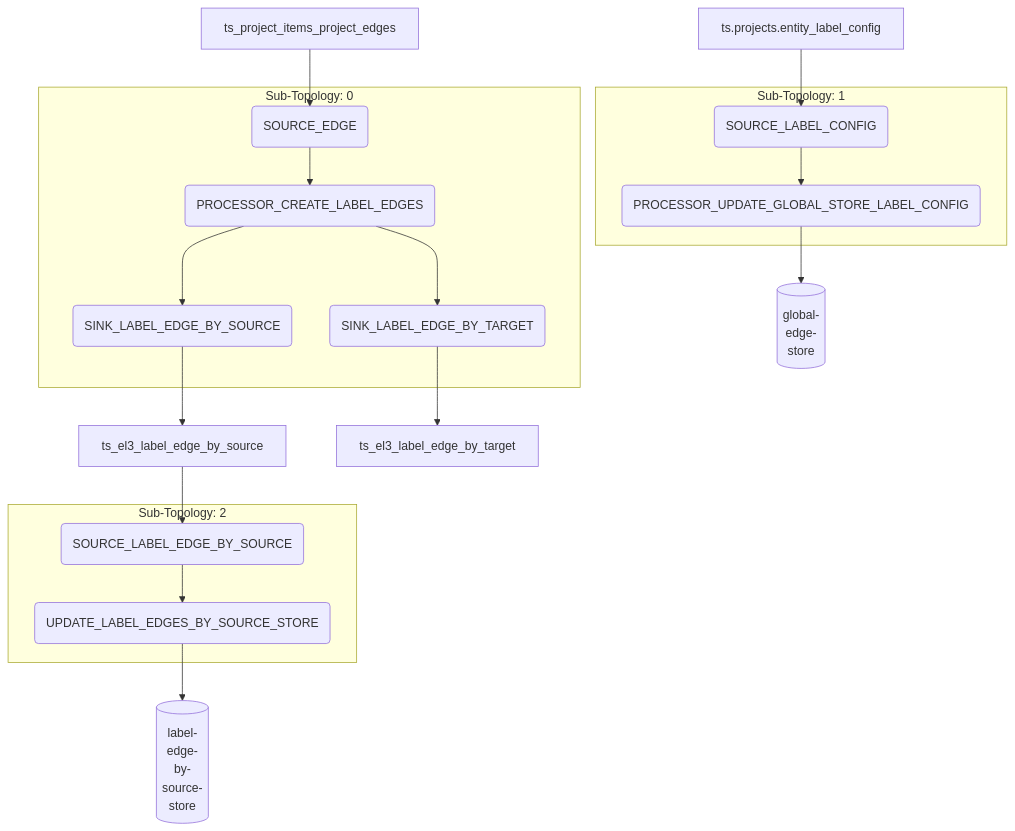
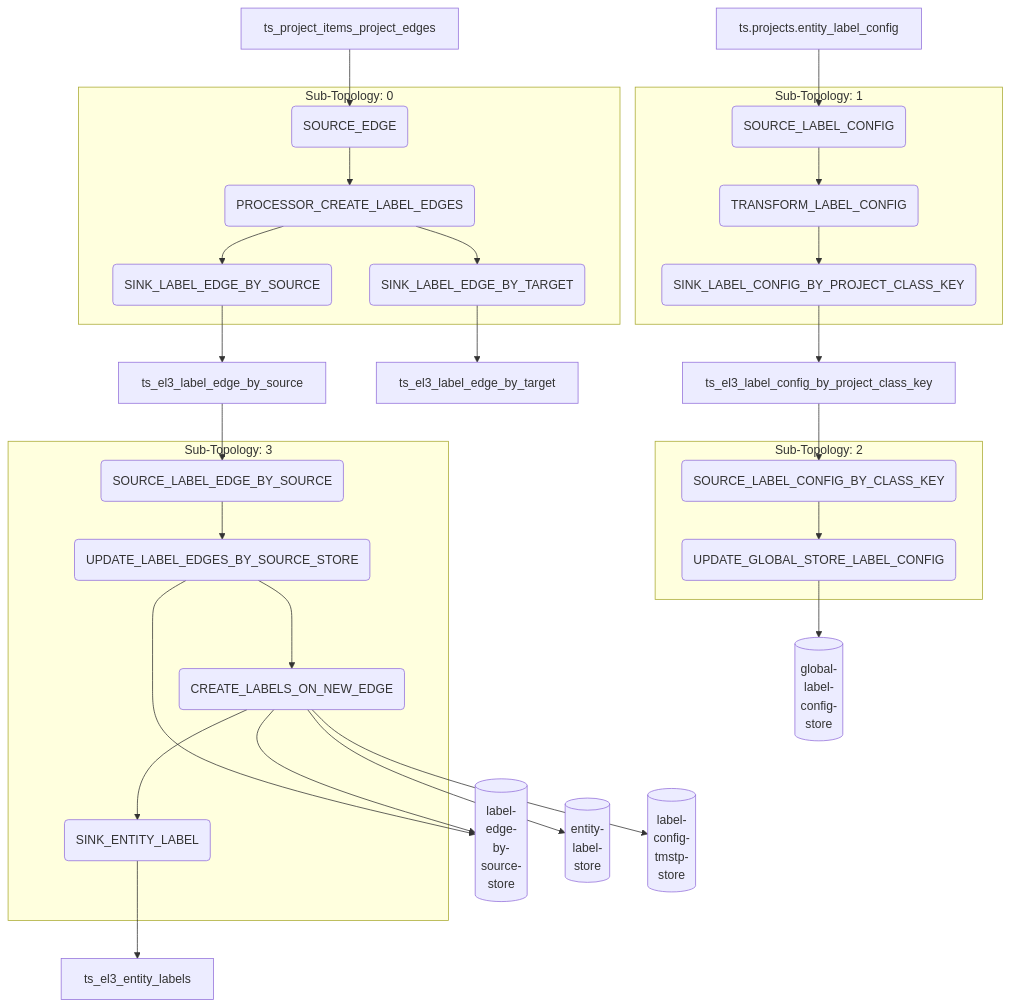
Before and after one commit to geovistory/toolbox-streams: the diagram in app-3-entity-label3/topology.md, drawn with Mermaid. The commit also changed 15 other files, not shown here.

Commit message:
add creation of label edge on config update

````diff
--- a/app-3-entity-label3/topology.md
+++ b/app-3-entity-label3/topology.md
@@ -1,28 +1,46 @@
 ```mermaid
 graph TD
 ts_project_items_project_edges[ts_project_items_project_edges] --> SOURCE_EDGE(SOURCE_EDGE)
 SINK_LABEL_EDGE_BY_SOURCE(SINK_LABEL_EDGE_BY_SOURCE) --> ts_el3_label_edge_by_source[ts_el3_label_edge_by_source]
 SINK_LABEL_EDGE_BY_TARGET(SINK_LABEL_EDGE_BY_TARGET) --> ts_el3_label_edge_by_target[ts_el3_label_edge_by_target]
 ts.projects.entity_label_config[ts.projects.entity_label_config] --> SOURCE_LABEL_CONFIG(SOURCE_LABEL_CONFIG)
-PROCESSOR_UPDATE_GLOBAL_STORE_LABEL_CONFIG(PROCESSOR_UPDATE_GLOBAL_STORE_LABEL_CONFIG) --> global-edge-store[(global-<br>edge-<br>store)]
+SINK_LABEL_CONFIG_BY_PROJECT_CLASS_KEY(SINK_LABEL_CONFIG_BY_PROJECT_CLASS_KEY) --> ts_el3_label_config_by_project_class_key[ts_el3_label_config_by_project_class_key]
+ts_el3_label_config_by_project_class_key[ts_el3_label_config_by_project_class_key] --> SOURCE_LABEL_CONFIG_BY_CLASS_KEY(SOURCE_LABEL_CONFIG_BY_CLASS_KEY)
+UPDATE_GLOBAL_STORE_LABEL_CONFIG(UPDATE_GLOBAL_STORE_LABEL_CONFIG) --> global-label-config-store[(global-<br>label-<br>config-<br>store)]
 ts_el3_label_edge_by_source[ts_el3_label_edge_by_source] --> SOURCE_LABEL_EDGE_BY_SOURCE(SOURCE_LABEL_EDGE_BY_SOURCE)
 UPDATE_LABEL_EDGES_BY_SOURCE_STORE(UPDATE_LABEL_EDGES_BY_SOURCE_STORE) --> label-edge-by-source-store[(label-<br>edge-<br>by-<br>source-<br>store)]
+CREATE_LABELS_ON_NEW_EDGE(CREATE_LABELS_ON_NEW_EDGE) --> entity-label-store[(entity-<br>label-<br>store)]
+CREATE_LABELS_ON_NEW_EDGE(CREATE_LABELS_ON_NEW_EDGE) --> label-edge-by-source-store[(label-<br>edge-<br>by-<br>source-<br>store)]
+CREATE_LABELS_ON_NEW_EDGE(CREATE_LABELS_ON_NEW_EDGE) --> label-config-tmstp-store[(label-<br>config-<br>tmstp-<br>store)]
+SINK_ENTITY_LABEL(SINK_ENTITY_LABEL) --> ts_el3_entity_labels[ts_el3_entity_labels]
 subgraph Sub-Topology: 0
 SOURCE_EDGE(SOURCE_EDGE) --> PROCESSOR_CREATE_LABEL_EDGES(PROCESSOR_CREATE_LABEL_EDGES)
 PROCESSOR_CREATE_LABEL_EDGES(PROCESSOR_CREATE_LABEL_EDGES) --> SINK_LABEL_EDGE_BY_SOURCE(SINK_LABEL_EDGE_BY_SOURCE)
 PROCESSOR_CREATE_LABEL_EDGES(PROCESSOR_CREATE_LABEL_EDGES) --> SINK_LABEL_EDGE_BY_TARGET(SINK_LABEL_EDGE_BY_TARGET)
 end
 subgraph Sub-Topology: 1
-SOURCE_LABEL_CONFIG(SOURCE_LABEL_CONFIG) --> PROCESSOR_UPDATE_GLOBAL_STORE_LABEL_CONFIG(PROCESSOR_UPDATE_GLOBAL_STORE_LABEL_CONFIG)
+SOURCE_LABEL_CONFIG(SOURCE_LABEL_CONFIG) --> TRANSFORM_LABEL_CONFIG(TRANSFORM_LABEL_CONFIG)
+TRANSFORM_LABEL_CONFIG(TRANSFORM_LABEL_CONFIG) --> SINK_LABEL_CONFIG_BY_PROJECT_CLASS_KEY(SINK_LABEL_CONFIG_BY_PROJECT_CLASS_KEY)
 end
 subgraph Sub-Topology: 2
+SOURCE_LABEL_CONFIG_BY_CLASS_KEY(SOURCE_LABEL_CONFIG_BY_CLASS_KEY) --> UPDATE_GLOBAL_STORE_LABEL_CONFIG(UPDATE_GLOBAL_STORE_LABEL_CONFIG)
+end
+subgraph Sub-Topology: 3
 SOURCE_LABEL_EDGE_BY_SOURCE(SOURCE_LABEL_EDGE_BY_SOURCE) --> UPDATE_LABEL_EDGES_BY_SOURCE_STORE(UPDATE_LABEL_EDGES_BY_SOURCE_STORE)
+UPDATE_LABEL_EDGES_BY_SOURCE_STORE(UPDATE_LABEL_EDGES_BY_SOURCE_STORE) --> CREATE_LABELS_ON_NEW_EDGE(CREATE_LABELS_ON_NEW_EDGE)
+CREATE_LABELS_ON_NEW_EDGE(CREATE_LABELS_ON_NEW_EDGE) --> SINK_ENTITY_LABEL(SINK_ENTITY_LABEL)
 end
 ts_project_items_project_edges
 ts.projects.entity_label_config
+ts_el3_label_config_by_project_class_key
 ts_el3_label_edge_by_source
 ts_el3_label_edge_by_source
 ts_el3_label_edge_by_target
-global-edge-store
+ts_el3_label_config_by_project_class_key
+ts_el3_entity_labels
+global-label-config-store
 label-edge-by-source-store
+entity-label-store
+label-edge-by-source-store
+label-config-tmstp-store
 ```
````
